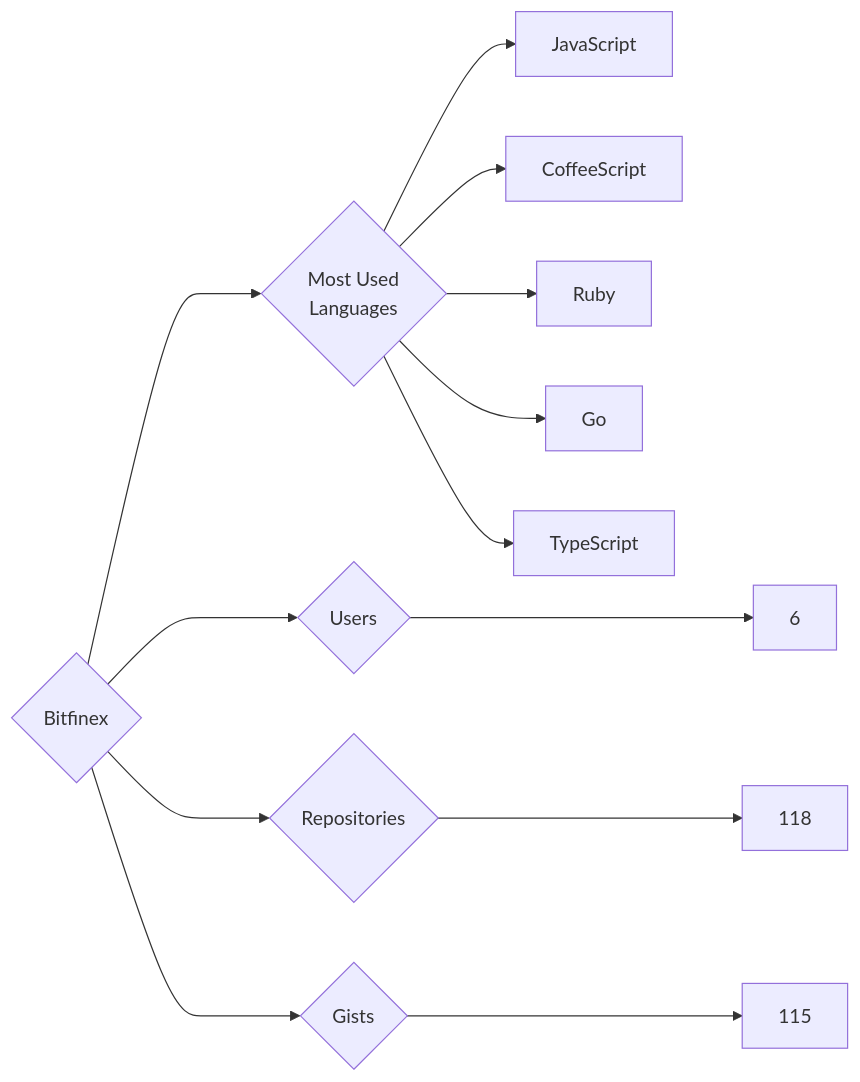
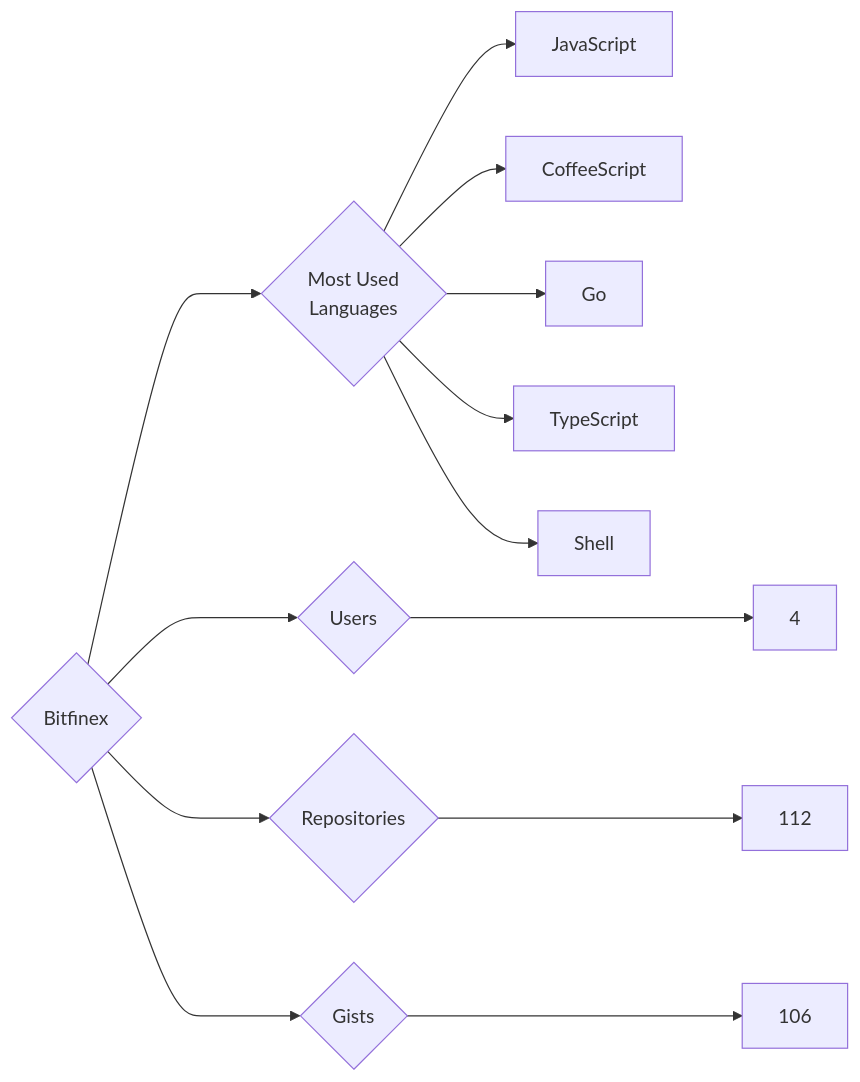
One commit to trickest/insiders changed the diagram in targets/Bitfinex/README.md. Above: the diagram before and after it, drawn with Mermaid. The commit also changed 724 other files, not shown here.

````diff
--- a/targets/Bitfinex/README.md
+++ b/targets/Bitfinex/README.md
@@ -3,13 +3,13 @@
 ```mermaid
 graph LR
 COMPANY_NAME{Bitfinex}
-COMPANY_NAME ---> U{Users} ---> UN[6]
-COMPANY_NAME ---> R{Repositories} ---> RN[118]
-COMPANY_NAME ---> G{Gists} ---> GN[115]
+COMPANY_NAME ---> U{Users} ---> UN[4]
+COMPANY_NAME ---> R{Repositories} ---> RN[112]
+COMPANY_NAME ---> G{Gists} ---> GN[106]
 COMPANY_NAME ---> ML{Most Used<br>Languages}
 ML --> JavaScript[JavaScript]
 ML --> CoffeeScript[CoffeeScript]
-ML --> Ruby[Ruby]
 ML --> Go[Go]
 ML --> TypeScript[TypeScript]
+ML --> Shell[Shell]
 ```
````
